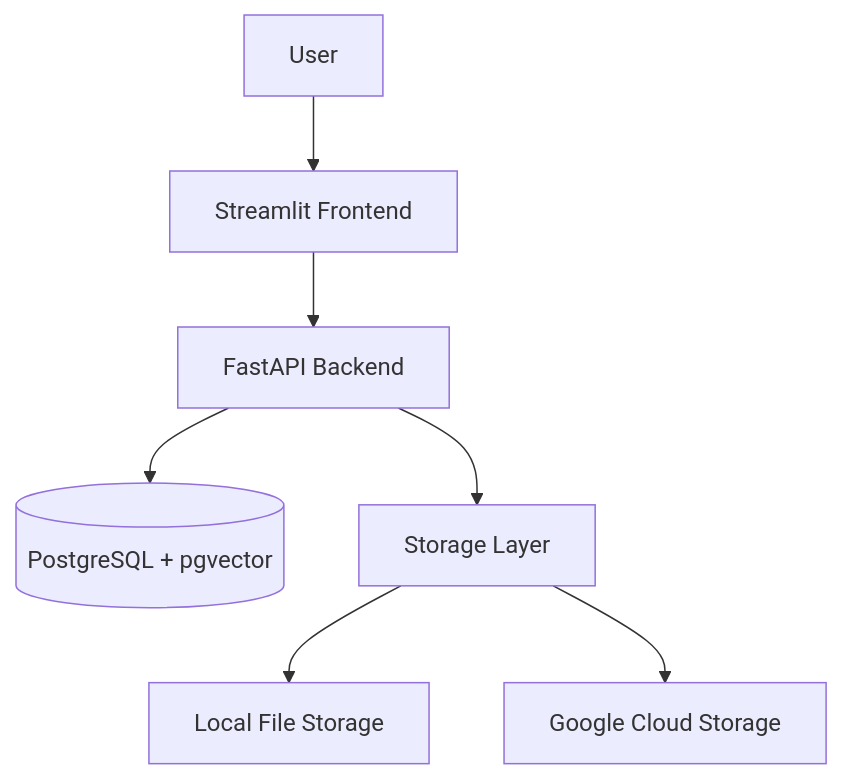
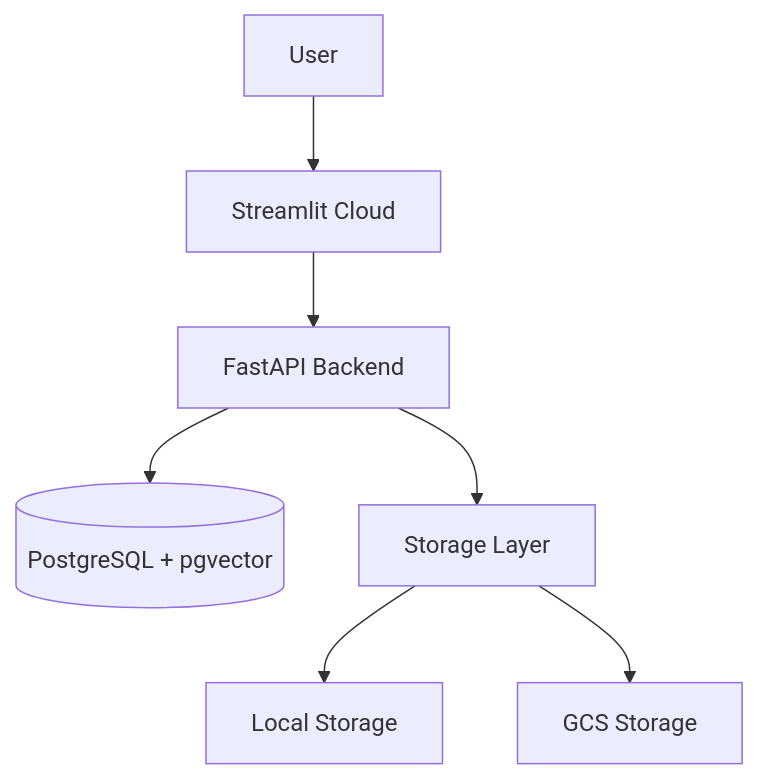
Before and after one commit to RitaAse/ai-knowledge-assistant: the diagram in docs/deployment.md, drawn with Mermaid. The commit also changed other lines of this file and 6 other files, not shown here.

````diff
--- a/docs/deployment.md
+++ b/docs/deployment.md
@@ -20,17 +21,17 @@
 ```mermaid
 flowchart TD
 
     User[User]
 
-    User --> Frontend[Streamlit Frontend]
+    User --> Frontend[Streamlit Cloud]
 
     Frontend --> Backend[FastAPI Backend]
 
     Backend --> Database[(PostgreSQL + pgvector)]
 
     Backend --> Storage[Storage Layer]
 
-    Storage --> Local[Local File Storage]
+    Storage --> Local[Local Storage]
 
-    Storage --> GCS[Google Cloud Storage]
+    Storage --> Cloud[GCS Storage]
 ```
````
